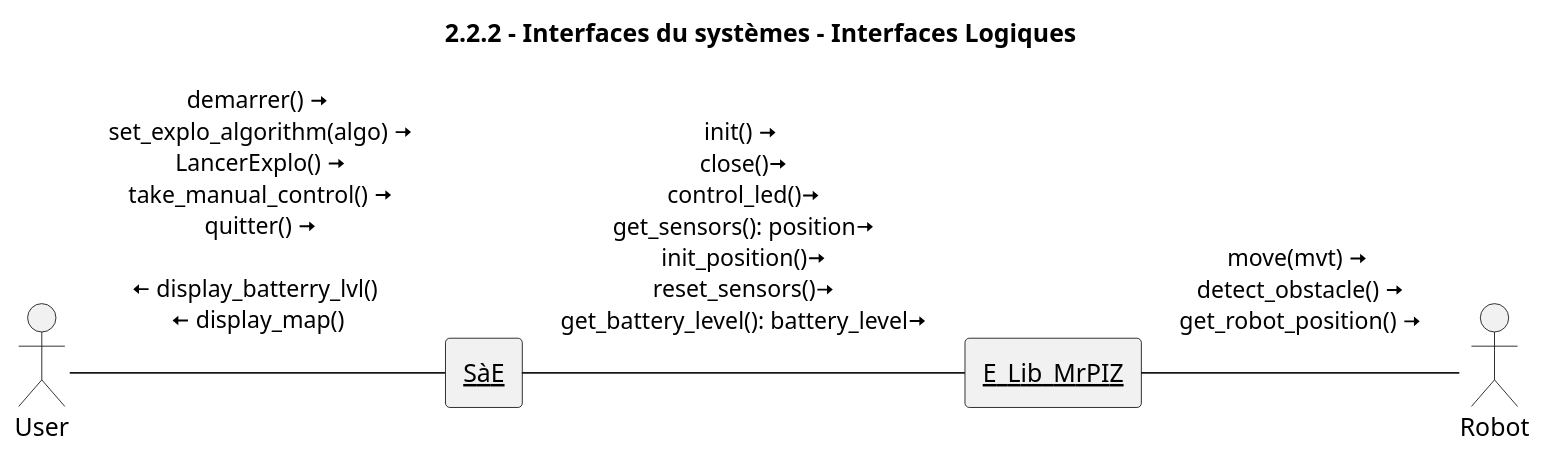
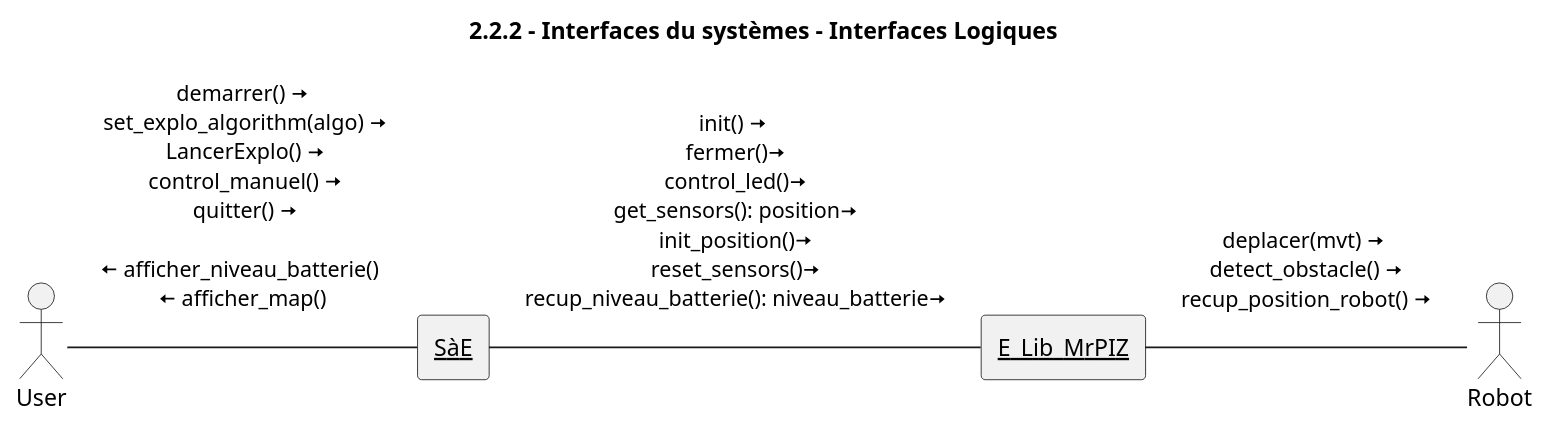
One commit to Larson-09/PATO_Project changed the diagram in Diagrammes UML/2.2.2 - Interfaces du systèmes - Interfaces Logiques/2.2.2 - Interfaces du systèmes - Interfaces Logiques.puml. Above: the diagram before and after it, drawn with PlantUML.

Commit message:
Diagramme IHM V1 FR/EN

```diff
--- a/Diagrammes UML/2.2.2 - Interfaces du systèmes - Interfaces Logiques/2.2.2 - Interfaces du systèmes - Interfaces Logiques.puml
+++ b/Diagrammes UML/2.2.2 - Interfaces du systèmes - Interfaces Logiques/2.2.2 - Interfaces du systèmes - Interfaces Logiques.puml
@@ -1,16 +1,16 @@
 @startuml
 title 2.2.2 - Interfaces du systèmes - Interfaces Logiques
 scale 1024*768
 actor User as U
 actor Robot as P
 
 rectangle "<u>SàE</u>" as S{
 }
 rectangle "<u>E_Lib_MrPIZ</u>" as L{
 }
 
 
-U -right- S : demarrer() <&arrow-right>\n set_explo_algorithm(algo) <&arrow-right>\n LancerExplo() <&arrow-right>\n take_manual_control() <&arrow-right>\n quitter() <&arrow-right>\n \n<&arrow-left> display_batterry_lvl() \n <&arrow-left> display_map() \n
-S-right-L : init() <&arrow-right> \n close()<&arrow-right> \n control_led()<&arrow-right> \n get_sensors(): position<&arrow-right> \n init_position()<&arrow-right> \n reset_sensors()<&arrow-right> \n get_battery_level(): battery_level<&arrow-right> \n
-L-right-P : move(mvt) <&arrow-right> \n detect_obstacle() <&arrow-right> \n get_robot_position() <&arrow-right> \n
+U -right- S : demarrer() <&arrow-right>\n set_explo_algorithm(algo) <&arrow-right>\n LancerExplo() <&arrow-right>\n control_manuel() <&arrow-right>\n quitter() <&arrow-right>\n \n<&arrow-left> afficher_niveau_batterie() \n <&arrow-left> afficher_map() \n
+S-right-L : init() <&arrow-right> \n fermer()<&arrow-right> \n control_led()<&arrow-right> \n get_sensors(): position<&arrow-right> \n init_position()<&arrow-right> \n reset_sensors()<&arrow-right> \n recup_niveau_batterie(): niveau_batterie<&arrow-right> \n
+L-right-P : deplacer(mvt) <&arrow-right> \n detect_obstacle() <&arrow-right> \n recup_position_robot() <&arrow-right> \n
 @enduml
```
